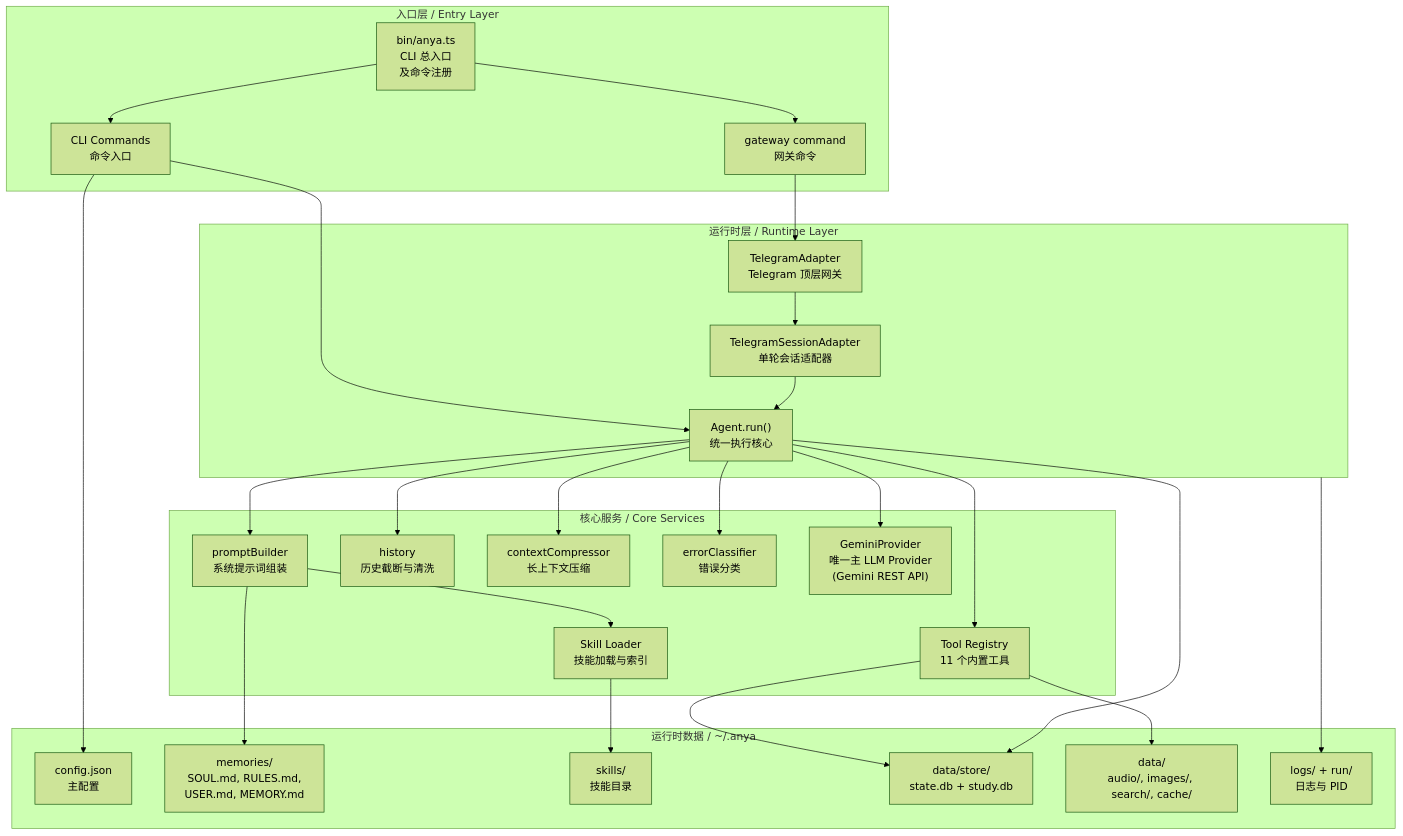
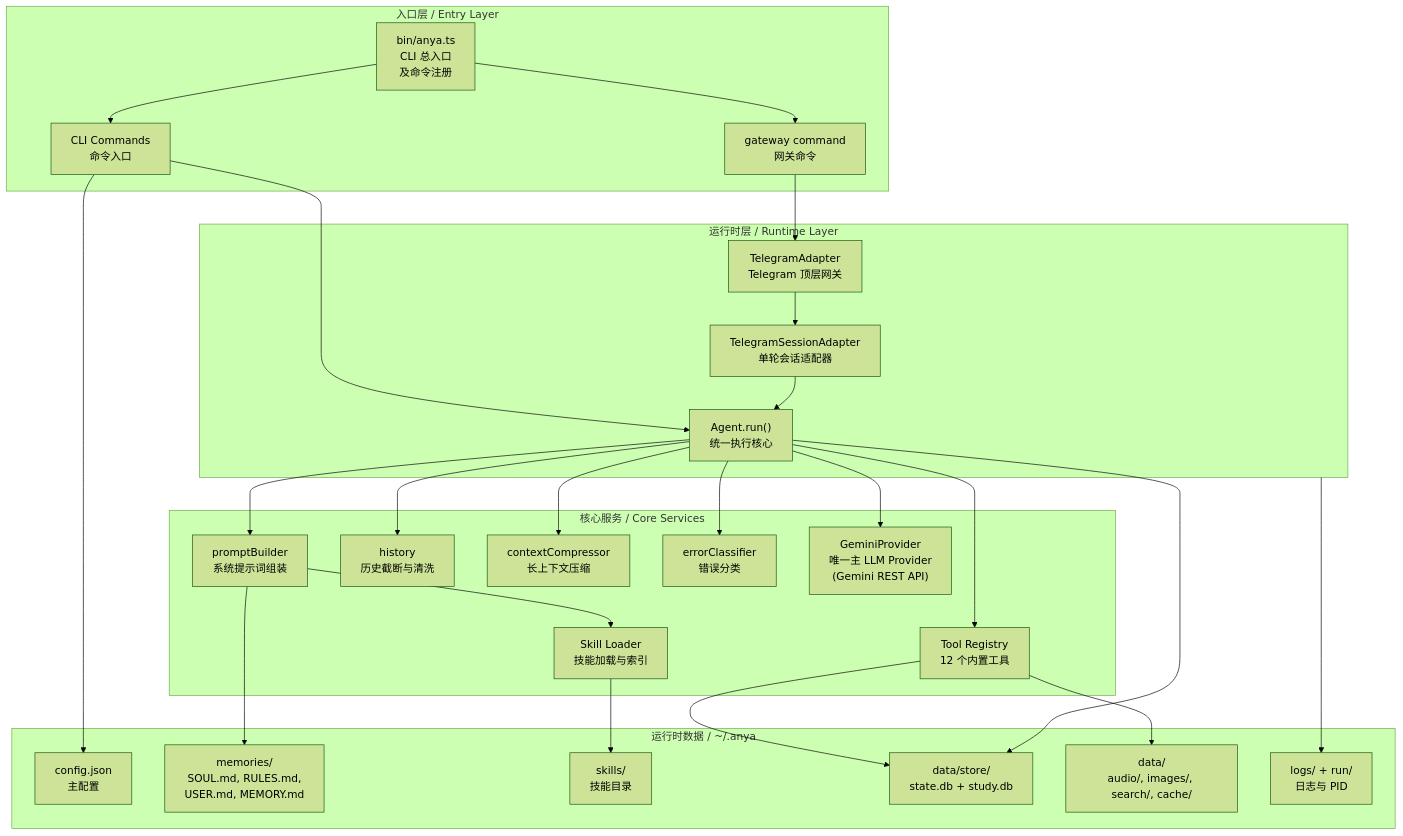
One commit to boltguo/anya changed the first of 14 diagrams in docs/architecture-diagrams.md. Above: the diagram before and after it, drawn with Mermaid (forest theme). The commit also changed other lines of this file and 36 other files, not shown here.

````diff
--- a/docs/architecture-diagrams.md
+++ b/docs/architecture-diagrams.md
@@ -13,59 +13,59 @@
 ```mermaid
 graph TB
   subgraph Entry["入口层 / Entry Layer"]
     BIN["bin/anya.ts\nCLI 总入口\n及命令注册"]
     CLI["CLI Commands\n命令入口"]
     GWCMD["gateway command\n网关命令"]
   end
 
   subgraph Runtime["运行时层 / Runtime Layer"]
     AGENT["Agent.run()\n统一执行核心"]
     TGADAPTER["TelegramAdapter\nTelegram 顶层网关"]
     TGSESSION["TelegramSessionAdapter\n单轮会话适配器"]
   end
 
   subgraph Core["核心服务 / Core Services"]
     PROMPT["promptBuilder\n系统提示词组装"]
     HISTORY["history\n历史截断与清洗"]
     COMPRESS["contextCompressor\n长上下文压缩"]
     ERR["errorClassifier\n错误分类"]
     PROVIDER["GeminiProvider\n唯一主 LLM Provider\n(Gemini REST API)"]
-    TOOLS["Tool Registry\n11 个内置工具"]
+    TOOLS["Tool Registry\n12 个内置工具"]
     SKILLS["Skill Loader\n技能加载与索引"]
   end
 
   subgraph Data["运行时数据 / ~/.anya"]
     CONFIG["config.json\n主配置"]
     MEM["memories/\nSOUL.md, RULES.md,\nUSER.md, MEMORY.md"]
     SKDIR["skills/\n技能目录"]
     STORE["data/store/\nstate.db + study.db"]
     MEDIA["data/\naudio/, images/, search/, cache/"]
     LOGS["logs/ + run/\n日志与 PID"]
   end
 
   BIN --> CLI
   BIN --> GWCMD
 
   CLI --> AGENT
   GWCMD --> TGADAPTER
   TGADAPTER --> TGSESSION
   TGSESSION --> AGENT
 
 
   AGENT --> PROMPT
   AGENT --> HISTORY
   AGENT --> COMPRESS
   AGENT --> ERR
   AGENT --> PROVIDER
   AGENT --> TOOLS
 
   PROMPT --> MEM
   PROMPT --> SKILLS
   SKILLS --> SKDIR
 
   TOOLS --> STORE
   TOOLS --> MEDIA
   AGENT --> STORE
   CLI --> CONFIG
   Runtime --> LOGS
 ```
````
